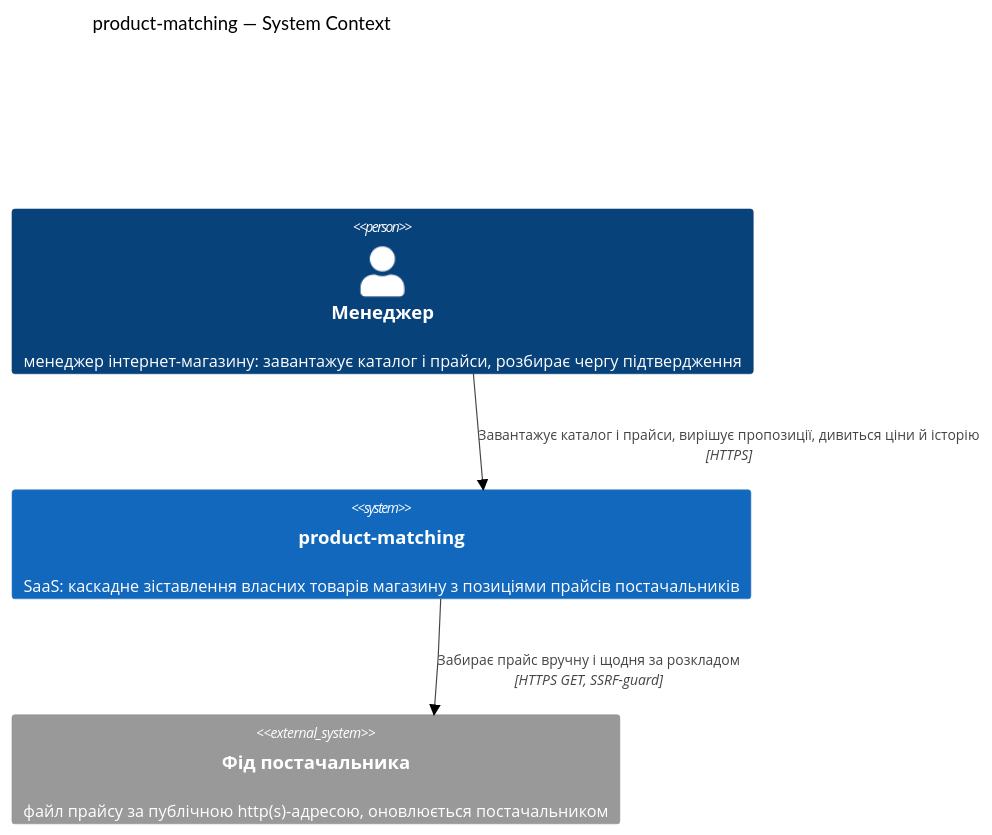
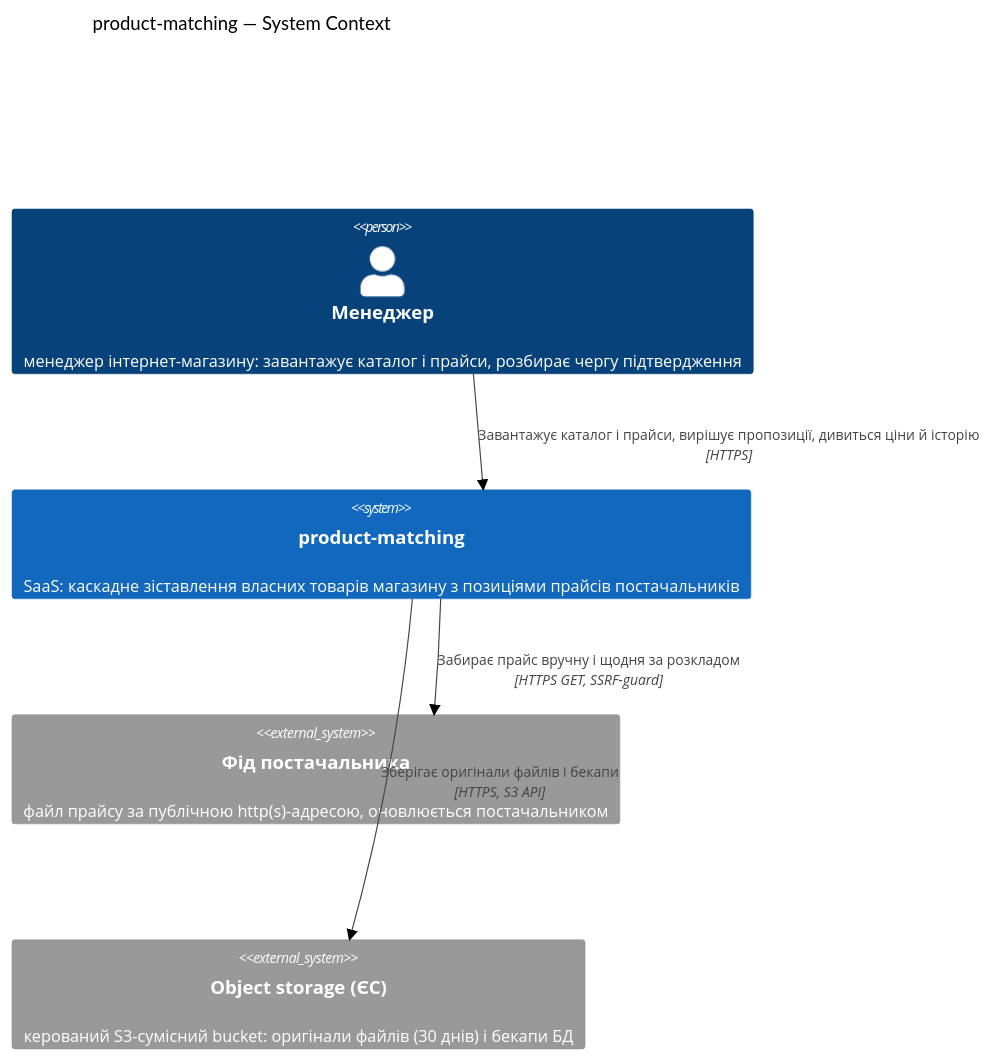
Before and after one commit to ebilyy/matching: the first of 7 diagrams in docs/features/product-matching/sad.md, drawn with Mermaid (neutral theme). The commit also changed other lines of this file and 2 other files, not shown here.

````diff
--- a/docs/features/product-matching/sad.md
+++ b/docs/features/product-matching/sad.md
@@ -82,11 +85,13 @@
 ```mermaid
 C4Context
     title product-matching — System Context
 
     Person(manager, "Менеджер", "менеджер інтернет-магазину: завантажує каталог і прайси, розбирає чергу підтвердження")
     System(pm, "product-matching", "SaaS: каскадне зіставлення власних товарів магазину з позиціями прайсів постачальників")
     System_Ext(feed, "Фід постачальника", "файл прайсу за публічною http(s)-адресою, оновлюється постачальником")
+    System_Ext(s3, "Object storage (ЄС)", "керований S3-сумісний bucket: оригінали файлів (30 днів) і бекапи БД")
 
     Rel(manager, pm, "Завантажує каталог і прайси, вирішує пропозиції, дивиться ціни й історію", "HTTPS")
     Rel(pm, feed, "Забирає прайс вручну і щодня за розкладом", "HTTPS GET, SSRF-guard")
+    Rel(pm, s3, "Зберігає оригінали файлів і бекапи", "HTTPS, S3 API")
 ```
````
